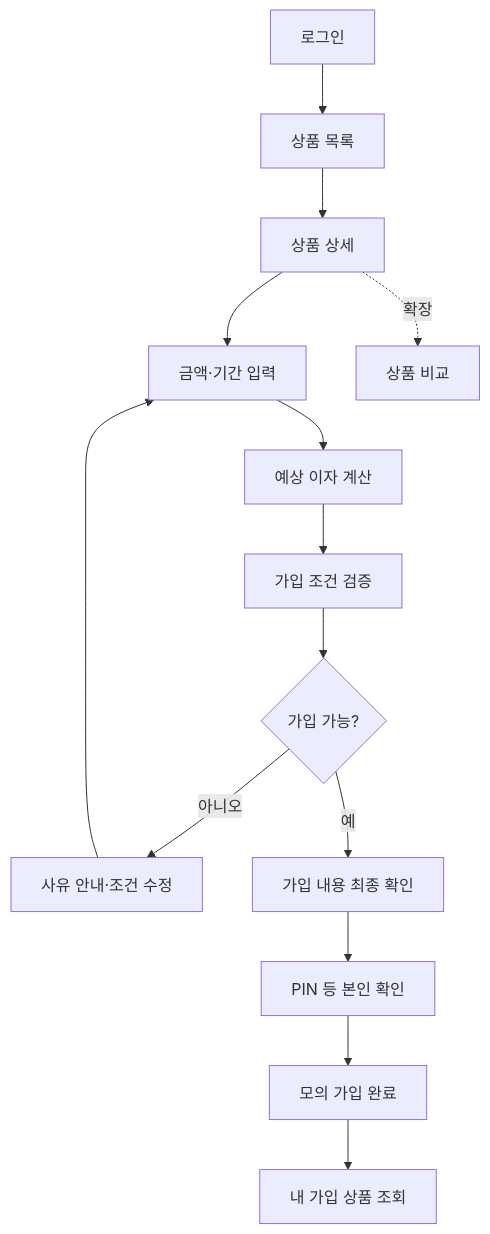
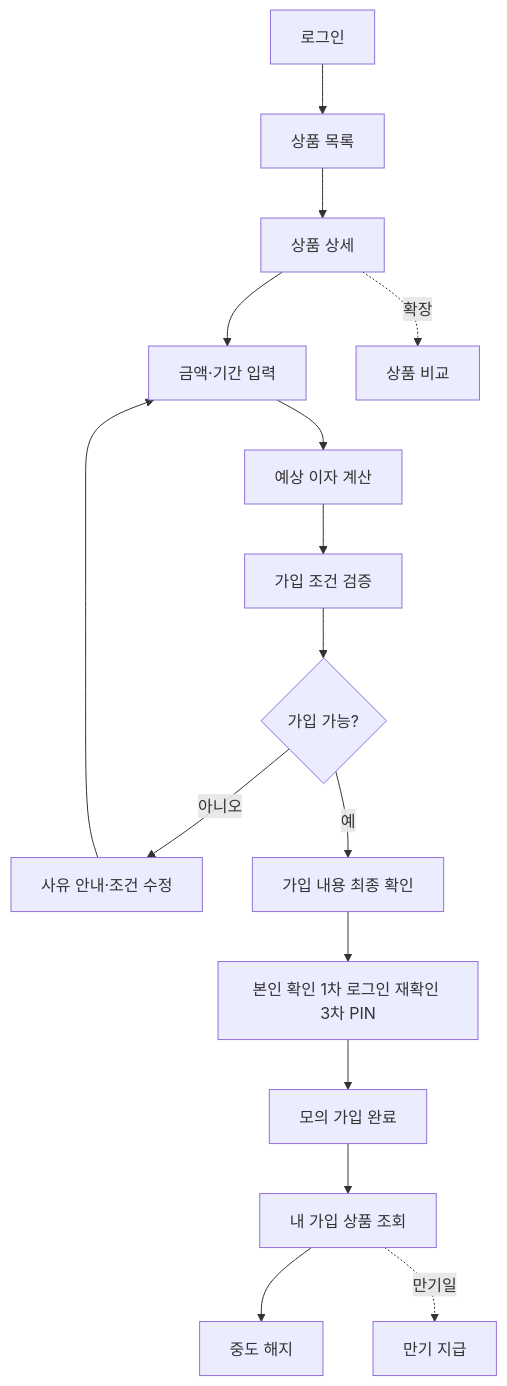
One commit to yellowgreenbean/midproject_ai_agent changed the diagram in docs/은행_상품_기획안.md. Above: the diagram before and after it, drawn with Mermaid. The commit also changed other lines of this file and 6 other files, not shown here.

````diff
--- a/docs/은행_상품_기획안.md
+++ b/docs/은행_상품_기획안.md
@@ -89,16 +90,18 @@
 ```mermaid
 flowchart TD
   A[로그인] --> B[상품 목록]
   B --> C[상품 상세]
   C --> D[금액·기간 입력]
   C -. 확장 .-> X[상품 비교]
   D --> E[예상 이자 계산]
   E --> F[가입 조건 검증]
   F --> G{가입 가능?}
   G -- 아니오 --> H[사유 안내·조건 수정]
   H --> D
   G -- 예 --> I[가입 내용 최종 확인]
-  I --> J[PIN 등 본인 확인]
+  I --> J[본인 확인 1차 로그인 재확인 3차 PIN]
   J --> K[모의 가입 완료]
   K --> L[내 가입 상품 조회]
+  L --> T[중도 해지]
+  L -. 만기일 .-> U[만기 지급]
 ```
````
